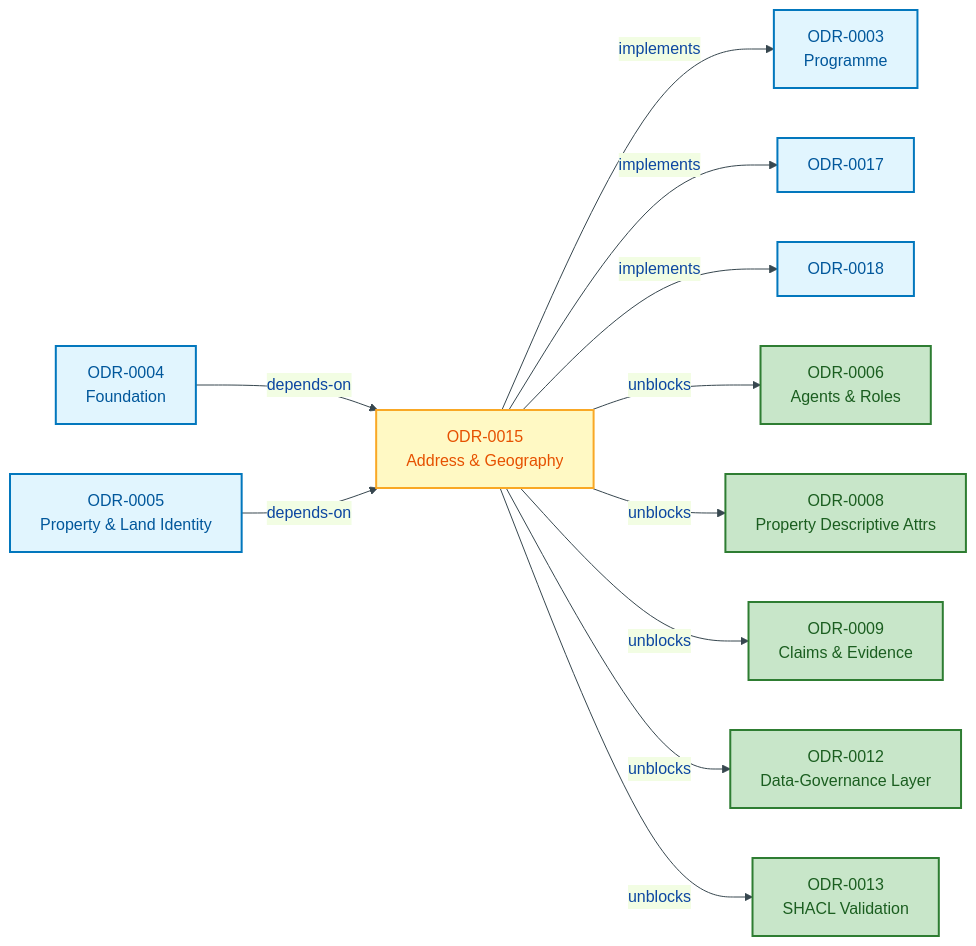
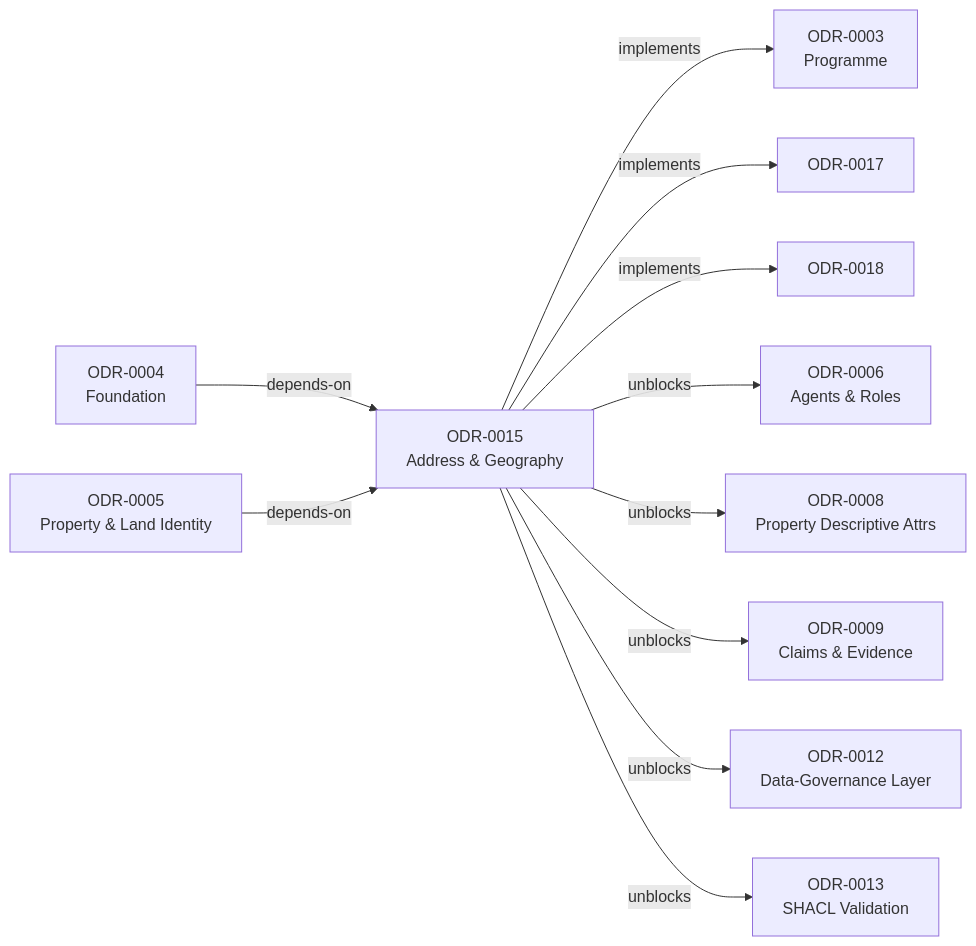
Before and after one commit to sparkling/opda: the fourth of 4 diagrams in docs/ontology/odr/ODR-0015-address-and-geography.md, drawn with Mermaid. The commit also changed other lines of this file and 25 other files, not shown here.

````diff
--- a/docs/ontology/odr/ODR-0015-address-and-geography.md
+++ b/docs/ontology/odr/ODR-0015-address-and-geography.md
@@ -120,30 +111,26 @@
 ```mermaid
-%%{init:{"theme":"base","themeVariables":{"primaryColor":"#E3F2FD","primaryTextColor":"#0D47A1","primaryBorderColor":"#1565C0","lineColor":"#37474F"}}}%%
 flowchart LR
     accTitle: ODR-0015 dependency and implementation relationships
     accDescr: ODR-0015 depends on ODR-0004 and ODR-0005, implements ODR-0003 and ODR-0017 and ODR-0018, and unblocks downstream ODR-0006 ODR-0008 ODR-0009 ODR-0012 ODR-0013.
-    classDef upstream fill:#E1F5FE,stroke:#0277BD,stroke-width:2px,color:#01579B
-    classDef current fill:#FFF9C4,stroke:#F9A825,stroke-width:2px,color:#E65100
-    classDef downstream fill:#C8E6C9,stroke:#2E7D32,stroke-width:2px,color:#1B5E20
-    ODR4["ODR-0004<br/>Foundation"]:::upstream
-    ODR5["ODR-0005<br/>Property &amp; Land Identity"]:::upstream
-    ODR3["ODR-0003<br/>Programme"]:::upstream
-    ODR17["ODR-0017"]:::upstream
-    ODR18["ODR-0018"]:::upstream
-    ODR15["ODR-0015<br/>Address &amp; Geography"]:::current
-    ODR6["ODR-0006<br/>Agents &amp; Roles"]:::downstream
-    ODR8["ODR-0008<br/>Property Descriptive Attrs"]:::downstream
-    ODR9["ODR-0009<br/>Claims &amp; Evidence"]:::downstream
-    ODR12["ODR-0012<br/>Data-Governance Layer"]:::downstream
-    ODR13["ODR-0013<br/>SHACL Validation"]:::downstream
+    ODR4["ODR-0004<br/>Foundation"]:::process
+    ODR5["ODR-0005<br/>Property &amp; Land Identity"]:::process
+    ODR3["ODR-0003<br/>Programme"]:::process
+    ODR17["ODR-0017"]:::process
+    ODR18["ODR-0018"]:::process
+    ODR15["ODR-0015<br/>Address &amp; Geography"]:::warning
+    ODR6["ODR-0006<br/>Agents &amp; Roles"]:::success
+    ODR8["ODR-0008<br/>Property Descriptive Attrs"]:::success
+    ODR9["ODR-0009<br/>Claims &amp; Evidence"]:::success
+    ODR12["ODR-0012<br/>Data-Governance Layer"]:::success
+    ODR13["ODR-0013<br/>SHACL Validation"]:::success
     ODR4 -->|"depends-on"| ODR15
     ODR5 -->|"depends-on"| ODR15
     ODR15 -->|"implements"| ODR3
     ODR15 -->|"implements"| ODR17
     ODR15 -->|"implements"| ODR18
     ODR15 -->|"unblocks"| ODR6
     ODR15 -->|"unblocks"| ODR8
     ODR15 -->|"unblocks"| ODR9
     ODR15 -->|"unblocks"| ODR12
     ODR15 -->|"unblocks"| ODR13
 ```
````
